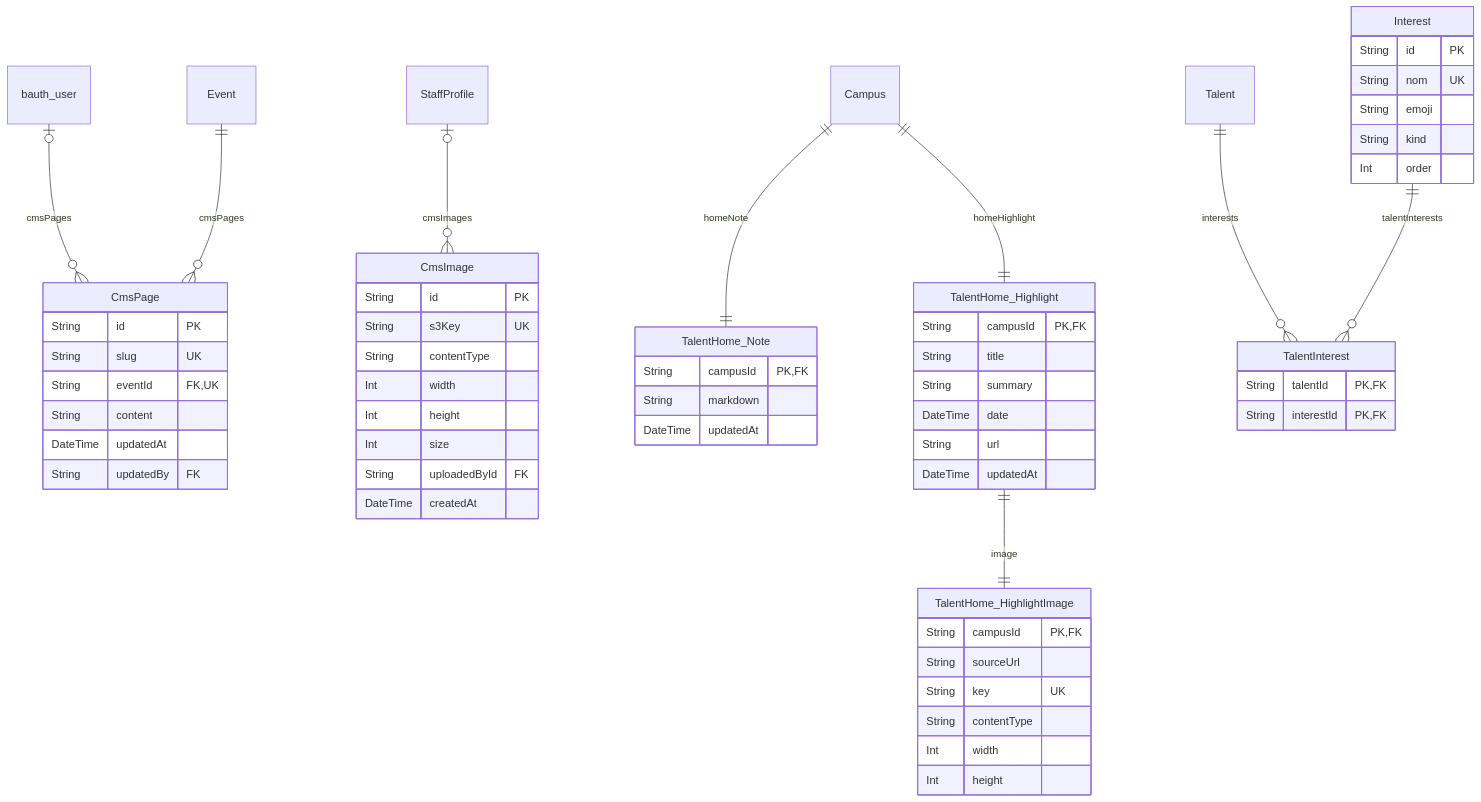
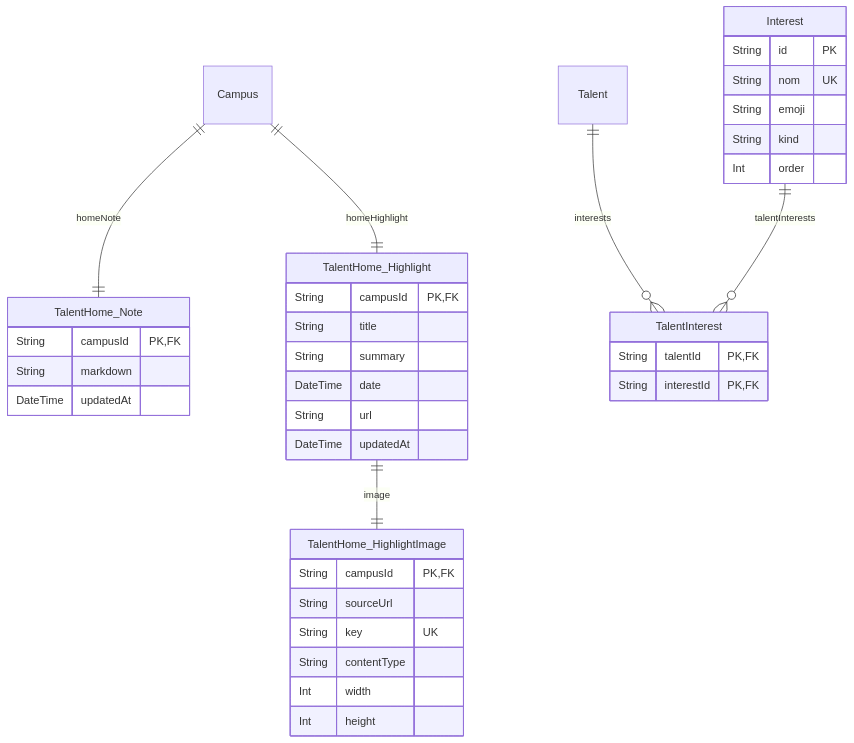
The tenth of 13 diagrams in frontend/docs/database.md (Manta-Epitech-Academy/jump), drawn with Mermaid before and after one commit. The commit also changed other lines of this file and 31 other files, not shown here.

````diff
--- a/frontend/docs/database.md
+++ b/frontend/docs/database.md
@@ -910,71 +910,44 @@
 ```mermaid
 erDiagram
-  CmsPage {
-    String id PK
-    String slug UK
-    String eventId FK,UK
-    String content
-    DateTime updatedAt
-    String updatedBy FK
-  }
-  CmsImage {
-    String id PK
-    String s3Key UK
-    String contentType
-    Int width
-    Int height
-    Int size
-    String uploadedById FK
-    DateTime createdAt
-  }
   TalentHome_Note {
     String campusId PK,FK
     String markdown
     DateTime updatedAt
   }
   TalentHome_Highlight {
     String campusId PK,FK
     String title
     String summary
     DateTime date
     String url
     DateTime updatedAt
   }
   TalentHome_HighlightImage {
     String campusId PK,FK
     String sourceUrl
     String key UK
     String contentType
     Int width
     Int height
   }
   Interest {
     String id PK
     String nom UK
     String emoji
     String kind
     Int order
   }
   TalentInterest {
     String talentId PK,FK
     String interestId PK,FK
   }
-  bauth_user {
-  }
-  StaffProfile {
-  }
   Talent {
   }
   Campus {
   }
-  Event {
-  }
-  bauth_user |o--o{ CmsPage : "cmsPages"
-  StaffProfile |o--o{ CmsImage : "cmsImages"
   Talent ||--o{ TalentInterest : "interests"
   Campus ||--|| TalentHome_Note : "homeNote"
   Campus ||--|| TalentHome_Highlight : "homeHighlight"
-  Event ||--o{ CmsPage : "cmsPages"
   TalentHome_Highlight ||--|| TalentHome_HighlightImage : "image"
   Interest ||--o{ TalentInterest : "talentInterests"
 ```
````
